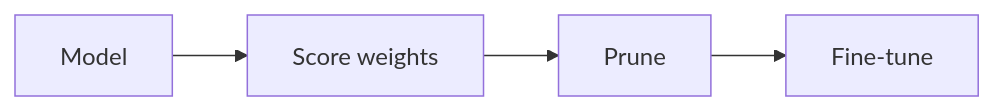
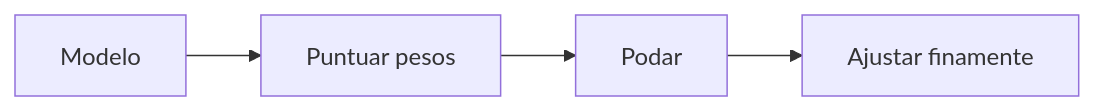
Before and after one commit to EmersonBraun/ai-summary-hub: the diagram in i18n/es/docusaurus-plugin-content-docs/current/pruning/index.md, drawn with Mermaid. The commit also changed other lines of this file and 230 other files, not shown here.

````diff
--- a/i18n/es/docusaurus-plugin-content-docs/current/pruning/index.md
+++ b/i18n/es/docusaurus-plugin-content-docs/current/pruning/index.md
@@ -17,6 +19,6 @@
 ```mermaid
 flowchart LR
-  Model[Model] --> Score[Score weights]
-  Score --> Prune[Prune]
-  Prune --> FineTune[Fine-tune]
+  Model[Modelo] --> Score[Puntuar pesos]
+  Score --> Prune[Podar]
+  Prune --> FineTune[Ajustar finamente]
 ```
````
